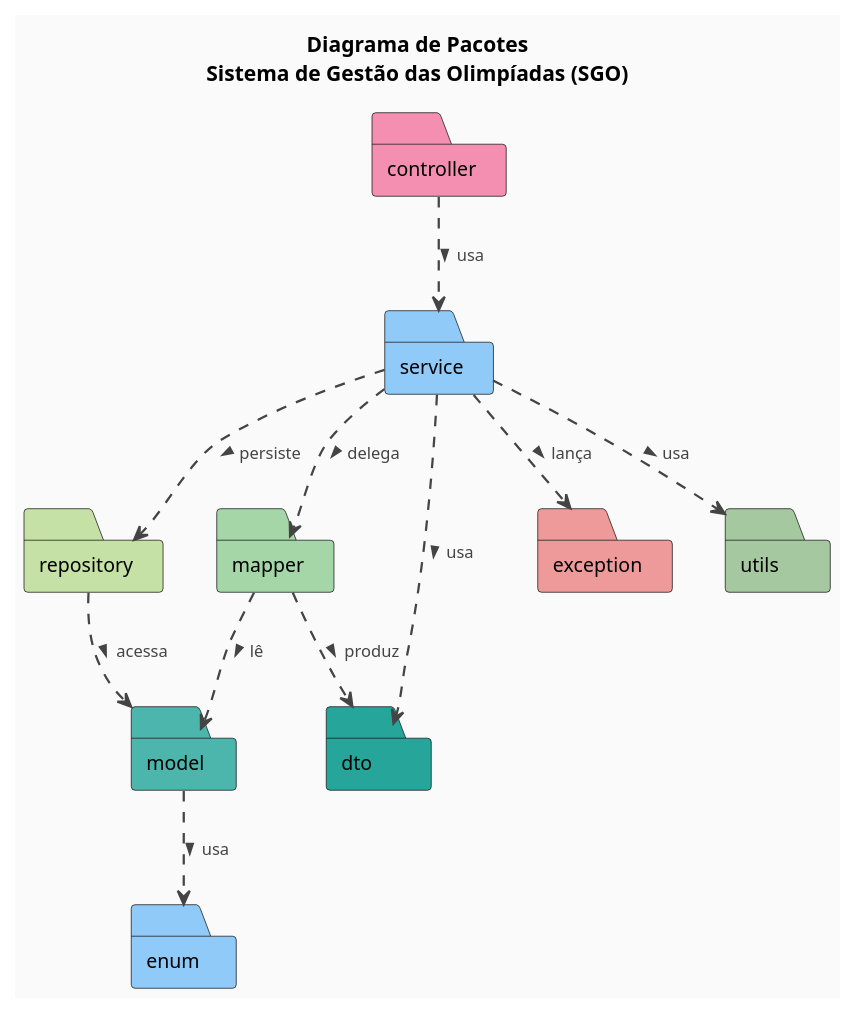
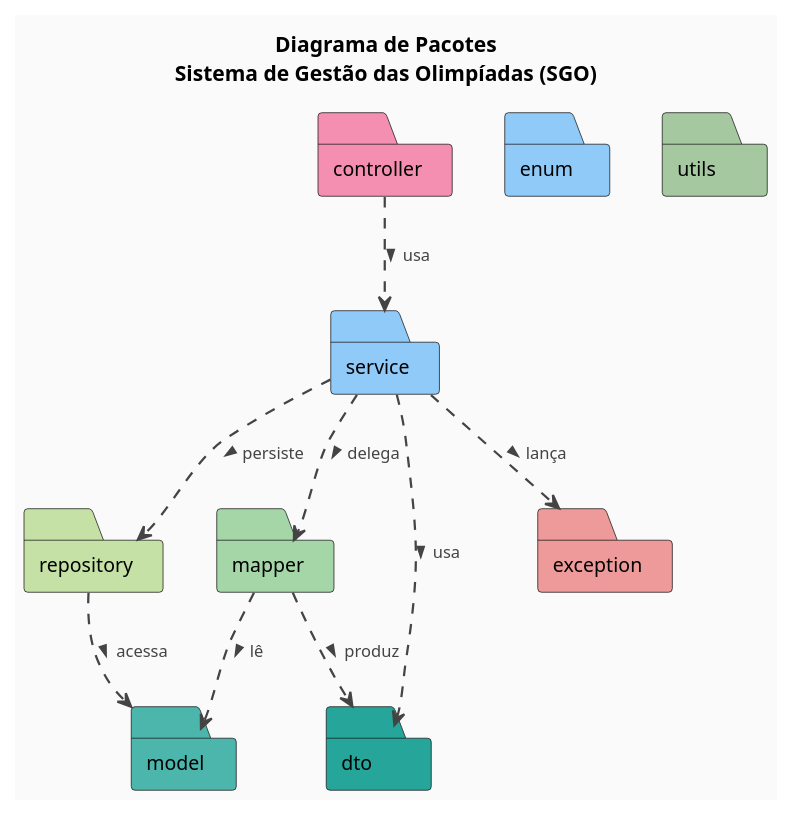
One commit to LauraPontara/projeto-de-software changed the diagram in sgo/codigos/diagrama-de-pacotes.puml. Above: the diagram before and after it, drawn with PlantUML. The commit also changed 1 other file, not shown here.

Commit message:
Atualiza diagrama de pacotes

```diff
--- a/sgo/codigos/diagrama-de-pacotes.puml
+++ b/sgo/codigos/diagrama-de-pacotes.puml
@@ -1,96 +1,90 @@
 @startuml diagrama-de-pacotes-sgo
 
 title Diagrama de Pacotes\nSistema de Gestão das Olimpíadas (SGO)
 
 ' === CONFIGURAÇÕES GLOBAIS ===
 skinparam backgroundColor #FAFAFA
 skinparam shadowing false
 skinparam defaultFontName Arial
 skinparam defaultFontSize 13
 
 skinparam package {
   BorderThickness 2
   FontStyle bold
   FontSize 14
 }
 
 skinparam arrow {
   Color       #444444
   FontColor   #444444
   FontSize    11
   Thickness   1.5
 }
 
 ' =============================================================
 ' PACOTES — cores por responsabilidade
 ' =============================================================
 
 ' Camada de Apresentação
 package "controller" <<Folder>> #F48FB1 {
 }
 
 ' Camada de Negócio
 package "service" <<Folder>> #90CAF9 {
 }
 
 ' Camada de Persistência
 package "repository" <<Folder>> #C5E1A5 {
 }
 
 ' Modelo de Domínio
 package "model" <<Folder>> #4DB6AC {
 }
 
 ' Transferência de Dados
 package "dto" <<Folder>> #26A69A {
 }
 
 ' Mapeamento entre camadas
 package "mapper" <<Folder>> #A5D6A7 {
 }
 
 ' Tratamento de erros
 package "exception" <<Folder>> #EF9A9A {
 }
 
 ' Enumerações de domínio
 package "enum" <<Folder>> #90CAF9 {
 }
 
 ' Utilitários gerais
 package "utils" <<Folder>> #A5C8A0 {
 }
 
 ' =============================================================
 ' DEPENDÊNCIAS ENTRE PACOTES
 ' =============================================================
 
 ' Controller chama Service para executar operações
 controller ..> service : usa >
 
 ' Service lança exceções de domínio
 service ..> exception : lança >
 
 ' Service usa DTOs como entrada/saída
 service ..> dto : usa >
 
 ' Service acessa o repositório para persistência
 service ..> repository : persiste >
 
 ' Repository opera sobre as entidades do modelo
 repository ..> model : acessa >
 
 ' Mapper converte entre Model e DTO
 mapper ..> model : lê >
 mapper ..> dto   : produz >
 
 ' Service delega mapeamento ao Mapper
 service ..> mapper : delega >
 
-' Model usa enumerações de domínio
-model ..> enum : usa >
-
-' Service usa utilitários auxiliares
-service ..> utils : usa >
-
 @enduml
```
